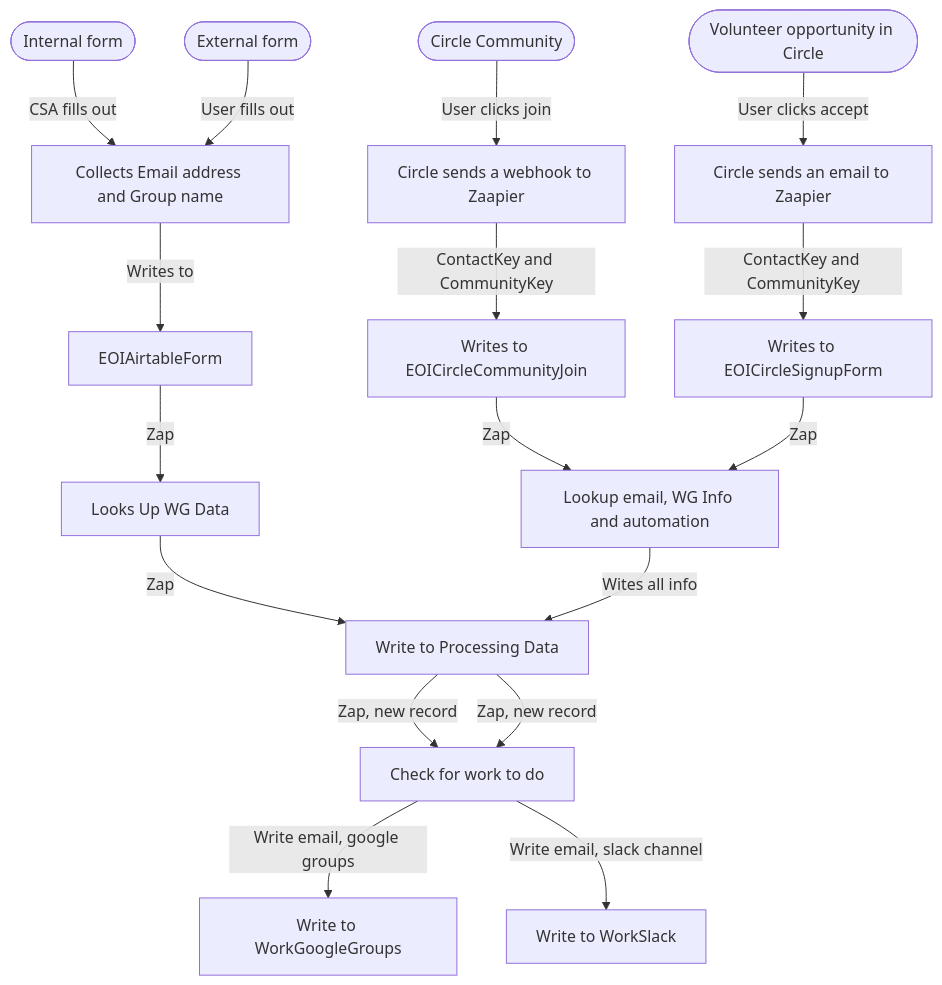
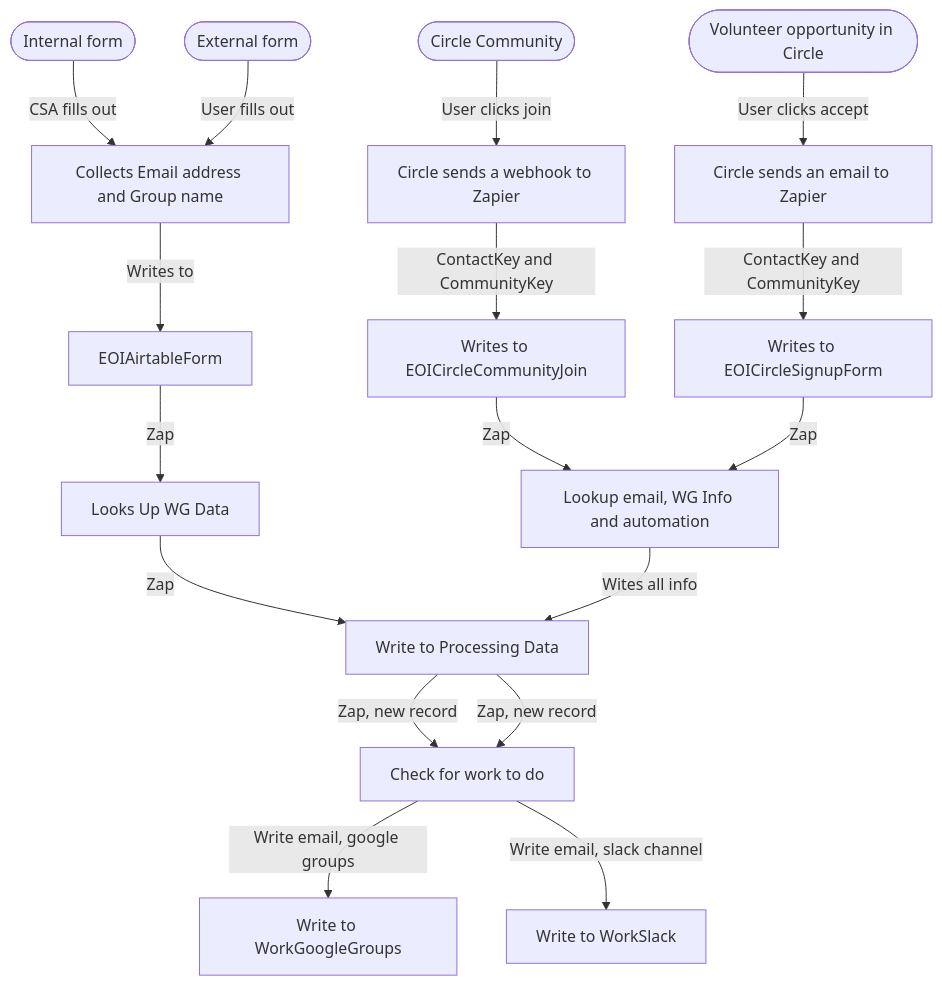
The diagram in projects/WG-automation/diagram.md (CloudSecurityAlliance/CSA-IT-Operations), drawn with Mermaid before and after one commit.

````diff
--- a/projects/WG-automation/diagram.md
+++ b/projects/WG-automation/diagram.md
@@ -1,35 +1,34 @@
 ```mermaid
 graph TD;
 
-
+%% FORMS
 internalForm([Internal form])
-
 externalForm([External form])
 %% requires email validation, e.g. Google forms "Collect email addresses Respondents will be required to sign in to Google"
-
-joinCommunity([Circle Community])
-joinVolunteer([Volunteer opportunity in Circle])
-
 internalForm --> |CSA fills out| collectEmailAndGroup[Collects Email address and Group name]
 externalForm --> |User fills out| collectEmailAndGroup[Collects Email address and Group name]
 collectEmailAndGroup --> |Writes to| EOIAirtableForm[EOIAirtableForm]
 EOIAirtableForm --> |Zap| LookupWGData[Looks Up WG Data]
 LookupWGData --> |Zap| ProcessingData[Writes to ProcessingData]
 ProcessingData  --> |Zap, new record| CheckForWorkToDo[Check for work to do]
 
-joinCommunity --> |User clicks join| CircleWebHook[Circle sends a webhook to Zaapier]
-joinVolunteer --> |User clicks accept| CircleSendsEmail[Circle sends an email to Zaapier]
+%% CIRCLE SIDE
+joinCommunity([Circle Community])
+joinVolunteer([Volunteer opportunity in Circle])
+
+joinCommunity --> |User clicks join| CircleWebHook[Circle sends a webhook to Zapier]
+joinVolunteer --> |User clicks accept| CircleSendsEmail[Circle sends an email to Zapier]
 
 CircleWebHook --> |ContactKey and CommunityKey| WritesToEOICircleCommunityJoin[Writes to EOICircleCommunityJoin]
 CircleSendsEmail --> |ContactKey and CommunityKey| WritesToEOICircleSignupForm[Writes to EOICircleSignupForm]
 
 WritesToEOICircleCommunityJoin --> |Zap| LookupWGInfoAndAutomation[Lookup email, WG Info and automation]
 WritesToEOICircleSignupForm --> |Zap| LookupWGInfoAndAutomation[Lookup email, WG Info and automation]
 
 LookupWGInfoAndAutomation --> |Wites all info| ProcessingData[Write to Processing Data]
 
 ProcessingData --> |Zap, new record| CheckForWorkToDo[Check for work to do]
 
 CheckForWorkToDo --> |Write email, google groups| WriteToWorkGoogleGroups[Write to WorkGoogleGroups]
 CheckForWorkToDo --> |Write email, slack channel| WriteToWorkSlack[Write to WorkSlack]
 ```
````
